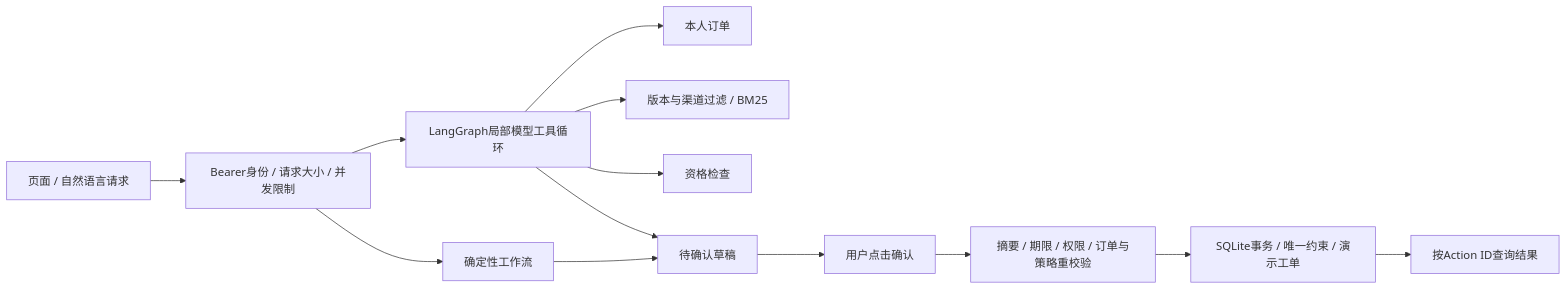
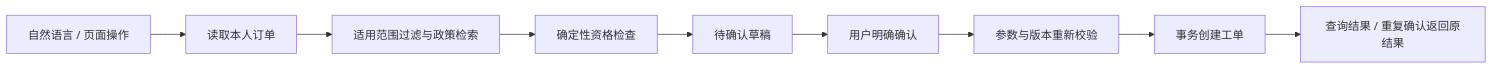
The diagram in README.md (solamn-1042/aftercare-agent-demo), drawn with Mermaid before and after one commit. The commit also changed other lines of this file and 5 other files, not shown here.

````diff
--- a/README.md
+++ b/README.md
@@ -45,15 +20,11 @@
 ```mermaid
 flowchart LR
-  U[页面 / 自然语言请求] --> A[Bearer身份 / 请求大小 / 并发限制]
-  A --> W[确定性工作流]
-  A --> L[LangGraph局部模型工具循环]
-  L --> O[本人订单]
-  L --> R[版本与渠道过滤 / BM25]
-  L --> C[资格检查]
-  L --> D[待确认草稿]
-  W --> D
-  D --> H[用户点击确认]
-  H --> V[摘要 / 期限 / 权限 / 订单与策略重校验]
-  V --> T[SQLite事务 / 唯一约束 / 演示工单]
-  T --> Q[按Action ID查询结果]
+  U[自然语言 / 页面操作] --> O[读取本人订单]
+  O --> R[适用范围过滤与政策检索]
+  R --> C[确定性资格检查]
+  C --> D[待确认草稿]
+  D --> H[用户明确确认]
+  H --> V[参数与版本重新校验]
+  V --> T[事务创建工单]
+  T --> Q[查询结果 / 重复确认返回原结果]
 ```
````
